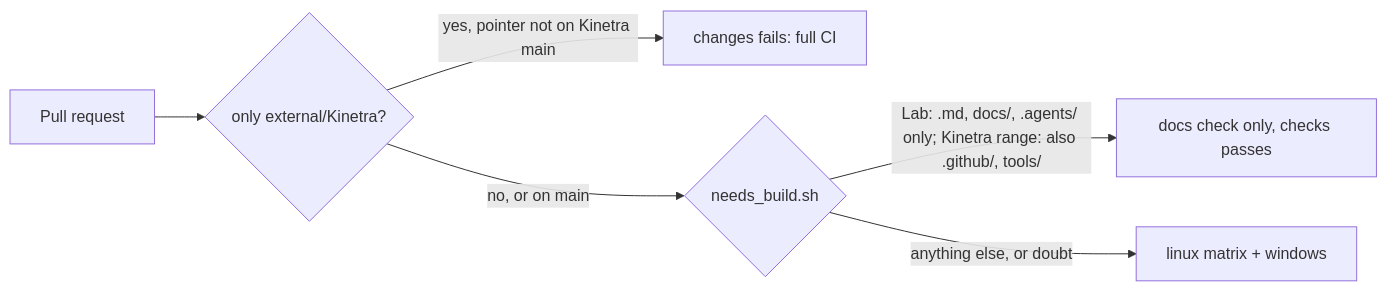
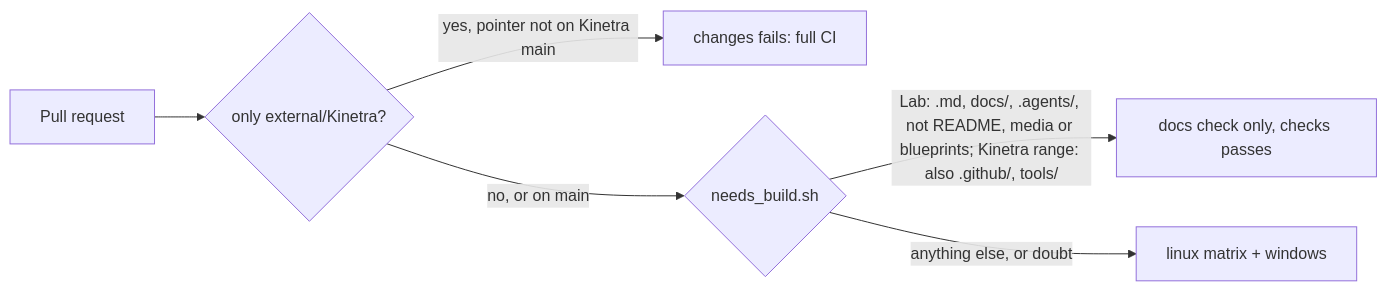
Before and after one commit to SMB-M87/Kinetra-Lab: the diagram in docs/design/2026-11-23-leaner-cycle-first-step.md, drawn with Mermaid. The commit also changed other lines of this file and 3 other files, not shown here.

First line of the commit message:
docs(agents): one design document, read only when linked; record the user's measures

````diff
--- a/docs/design/2026-11-23-leaner-cycle-first-step.md
+++ b/docs/design/2026-11-23-leaner-cycle-first-step.md
@@ -77,8 +102,8 @@
 ```mermaid
 flowchart LR
     PR[Pull request] --> P{only external/Kinetra?}
     P -->|yes, pointer not on Kinetra main| E[changes fails: full CI]
     P -->|no, or on main| N{needs_build.sh}
-    N -->|Lab: .md, docs/, .agents/ only; Kinetra range: also .github/, tools/| D[docs check only, checks passes]
+    N -->|Lab: .md, docs/, .agents/, not README, media or blueprints; Kinetra range: also .github/, tools/| D[docs check only, checks passes]
     N -->|anything else, or doubt| F[linux matrix + windows]
 ```
````
